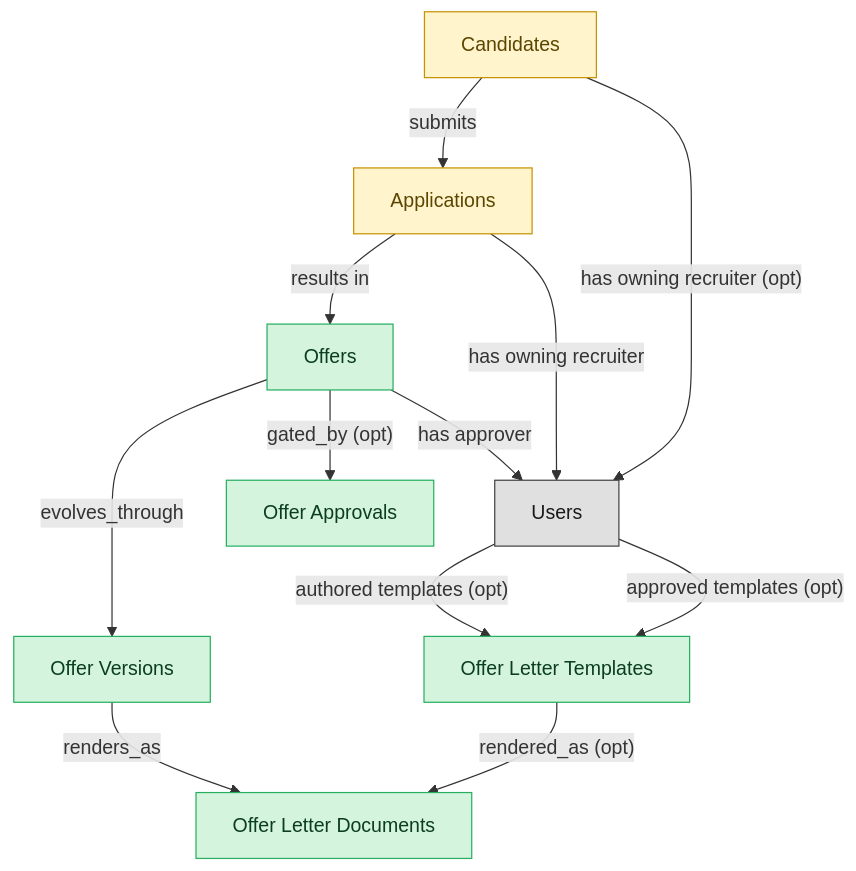
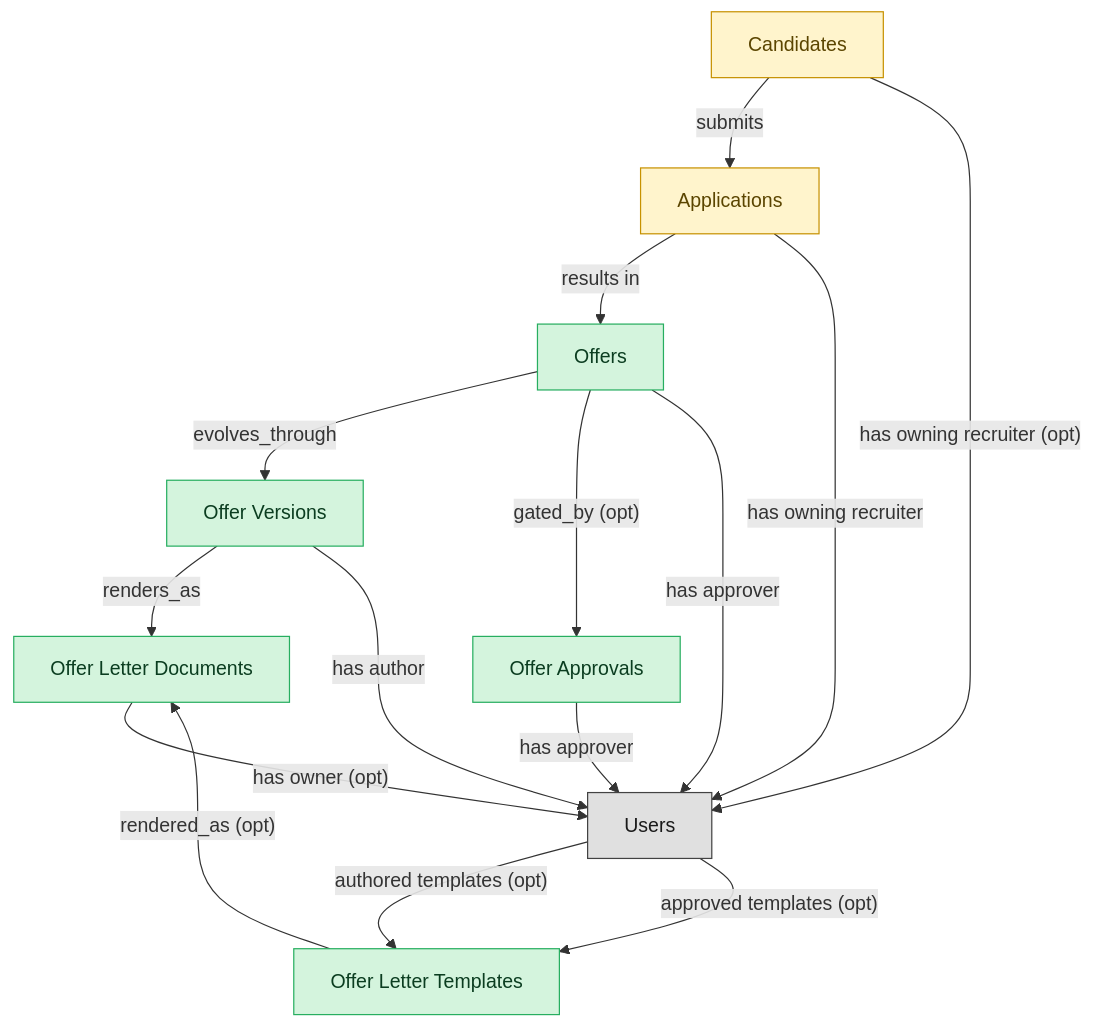
Before and after one commit to IntranetFactory/domain-map: the diagram in catalog/blueprints/ats-offers-semantic-blueprint.md, drawn with Mermaid. The commit also changed other lines of this file and 19 other files, not shown here.

````diff
--- a/catalog/blueprints/ats-offers-semantic-blueprint.md
+++ b/catalog/blueprints/ats-offers-semantic-blueprint.md
@@ -34,33 +36,36 @@
 ```mermaid
 flowchart TD
   classDef master fill:#d4f4dd,stroke:#27ae60,color:#0b3d20;
   classDef embedded_master fill:#fff4cc,stroke:#c79100,color:#5b4500;
   classDef platform_builtin fill:#e0e0e0,stroke:#424242,color:#1a1a1a;
   job_offers["Offers"]
   candidates["Candidates"]
   job_applications["Applications"]
   offer_versions["Offer Versions"]
   offer_approvals["Offer Approvals"]
   offer_letter_documents["Offer Letter Documents"]
   offer_letter_templates["Offer Letter Templates"]
   users["Users"]
   job_offers -->|"evolves_through"| offer_versions
   job_offers -->|"gated_by (opt)"| offer_approvals
   offer_versions -->|"renders_as"| offer_letter_documents
   offer_letter_templates -->|"rendered_as (opt)"| offer_letter_documents
   candidates -->|"submits"| job_applications
   job_applications -->|"results in"| job_offers
   candidates -->|"has owning recruiter (opt)"| users
   users -->|"authored templates (opt)"| offer_letter_templates
   users -->|"approved templates (opt)"| offer_letter_templates
+  offer_versions -->|"has author"| users
+  offer_approvals -->|"has approver"| users
+  offer_letter_documents -->|"has owner (opt)"| users
   job_applications -->|"has owning recruiter"| users
   job_offers -->|"has approver"| users
   class job_offers master;
   class candidates embedded_master;
   class job_applications embedded_master;
   class offer_versions master;
   class offer_approvals master;
   class offer_letter_documents master;
   class offer_letter_templates master;
   class users platform_builtin;
 ```
````
